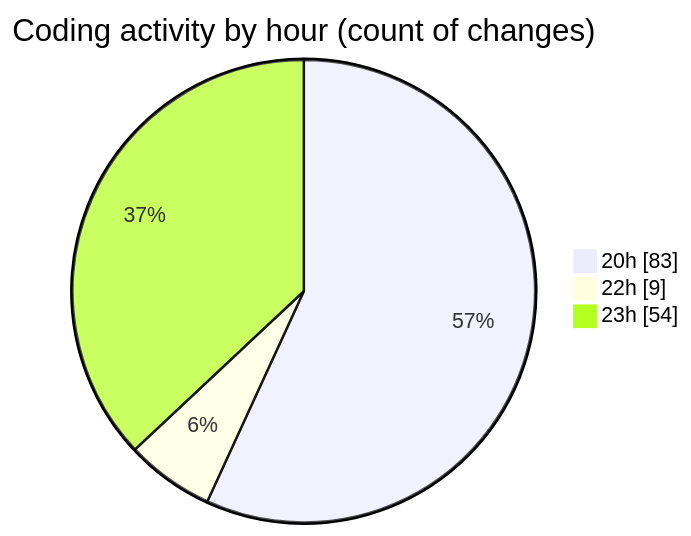
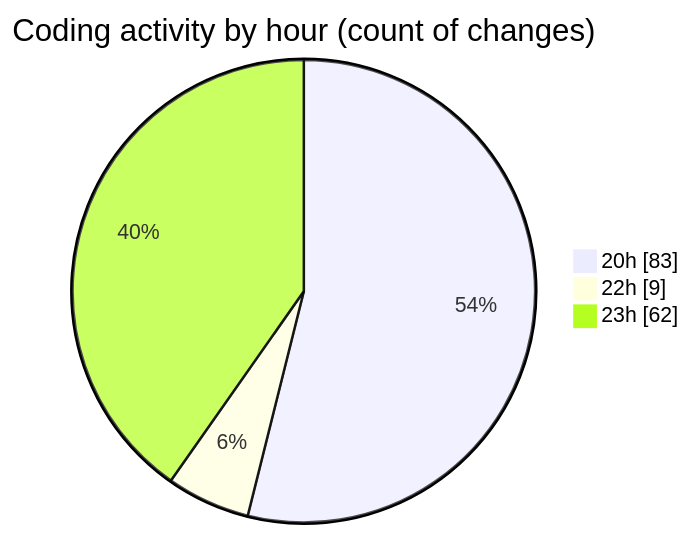
The second of 2 diagrams in 2025-07-26/javascript/README.md (Ritupan-Deka/code-tracking), drawn with Mermaid before and after one commit. The commit also changed other lines of this file and 1 other file, not shown here.

````diff
--- a/2025-07-26/javascript/README.md
+++ b/2025-07-26/javascript/README.md
@@ -29,7 +29,7 @@
 ```mermaid
 pie showData
 title Coding activity by hour (count of changes)
 "20h" : 83
 "22h" : 9
-"23h" : 54
+"23h" : 62
 ```
````
